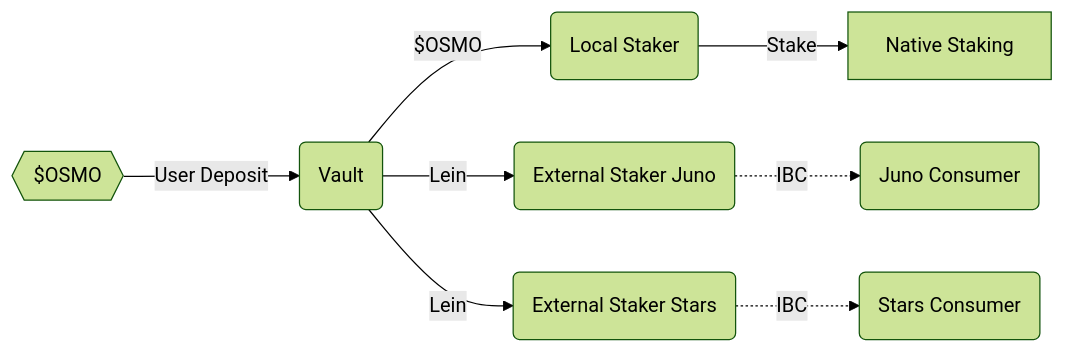
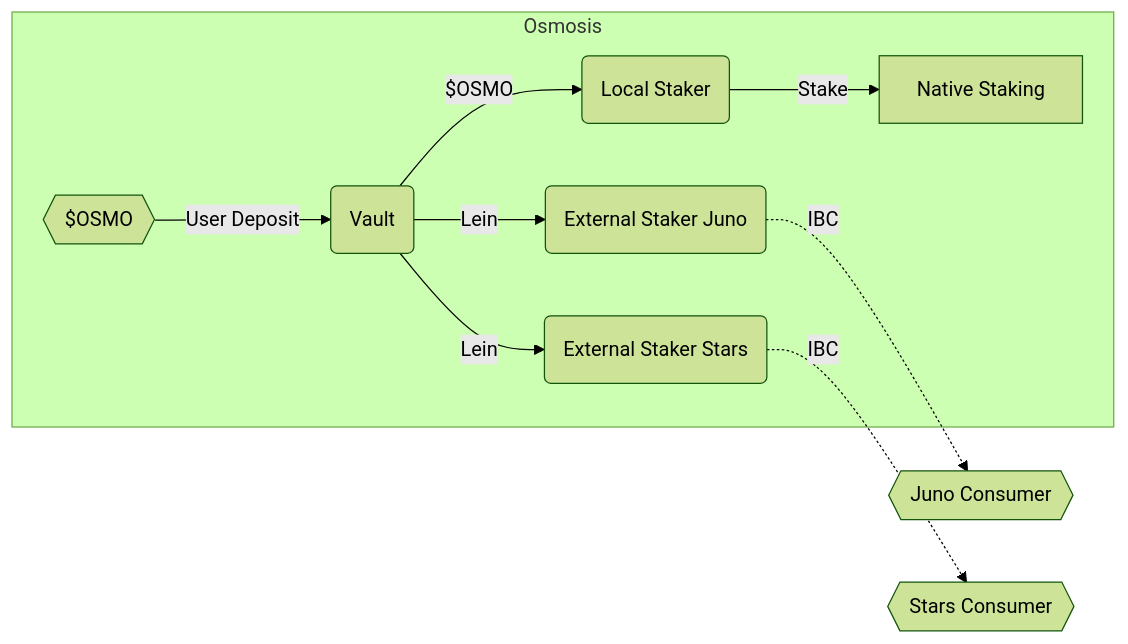
One commit to CosmWasm/mesh-security-hackathon changed the first of 3 diagrams in docs/provider/Provider.md. Above: the diagram before and after it, drawn with Mermaid. The commit also changed 4 other files, not shown here.

Commit message:
Improve naming and diagrams, Receiver -> Converter

````diff
--- a/docs/provider/Provider.md
+++ b/docs/provider/Provider.md
@@ -10,11 +10,15 @@
 ```mermaid
 flowchart LR
   %%{init: {'theme': 'forest'}}%%
+  subgraph Osmosis
   A{{$OSMO}} -- User Deposit --> B(Vault);
   B -- $OSMO --> C(Local Staker);
   C -- Stake --> D[Native Staking]
   B -- Lein --> E(External Staker Juno);
-  E -. IBC .-> F(Juno Consumer);
   B -- Lein --> G(External Staker Stars);
-  G -. IBC .-> H(Stars Consumer);
+  end
+
+  E -. IBC .-> F{{Juno Consumer}};
+  G -. IBC .-> H{{Stars Consumer}};
+
 ```
````
